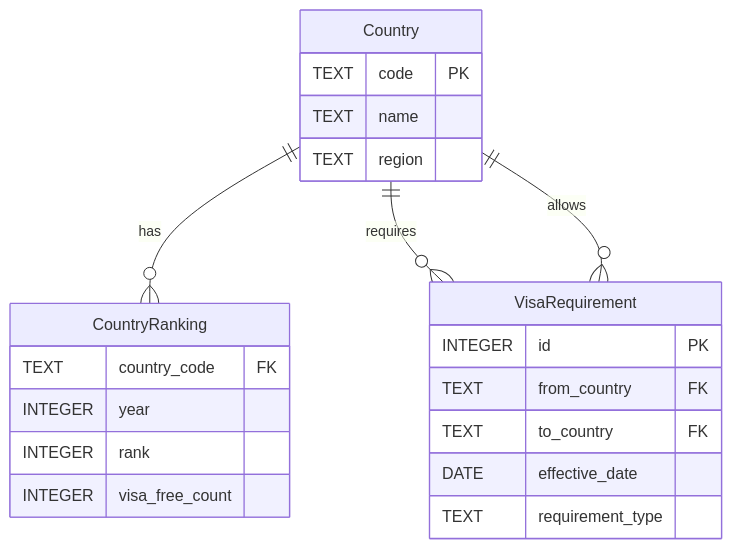
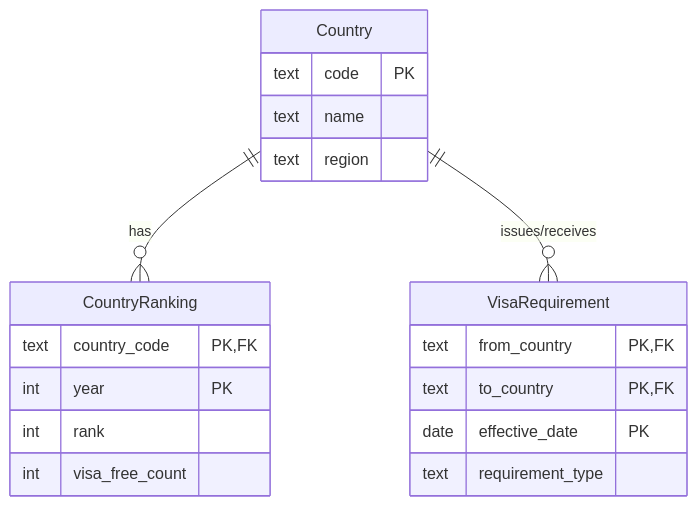
The diagram in README.md (ngshiheng/passportindexdb), drawn with Mermaid before and after one commit.

Commit message:
docs: update diagram

````diff
--- a/README.md
+++ b/README.md
@@ -7,25 +7,25 @@
 ```mermaid
 erDiagram
+    Country ||--o{ CountryRanking : has
+    Country ||--o{ VisaRequirement : "issues/receives"
+
     Country {
-        TEXT code PK
-        TEXT name
-        TEXT region
-    }
-    CountryRanking {
-        TEXT country_code FK
-        INTEGER year
-        INTEGER rank
-        INTEGER visa_free_count
-    }
-    VisaRequirement {
-        INTEGER id PK
-        TEXT from_country FK
-        TEXT to_country FK
-        DATE effective_date
-        TEXT requirement_type
+        text code PK
+        text name
+        text region
     }
 
-    Country ||--o{ CountryRanking : has
-    Country ||--o{ VisaRequirement : requires
-    Country ||--o{ VisaRequirement : allows
+    CountryRanking {
+        text country_code PK, FK
+        int year PK
+        int rank
+        int visa_free_count
+    }
+
+    VisaRequirement {
+        text from_country PK, FK
+        text to_country PK, FK
+        date effective_date PK
+        text requirement_type
+    }
 ```
````
